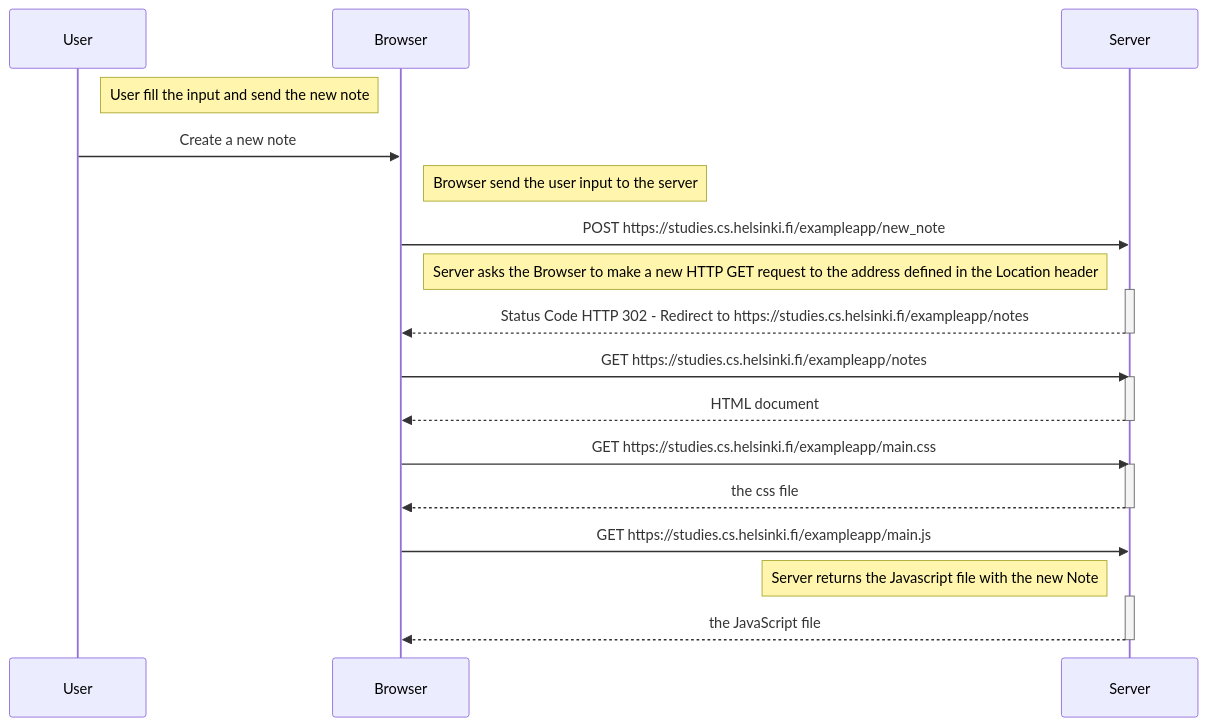
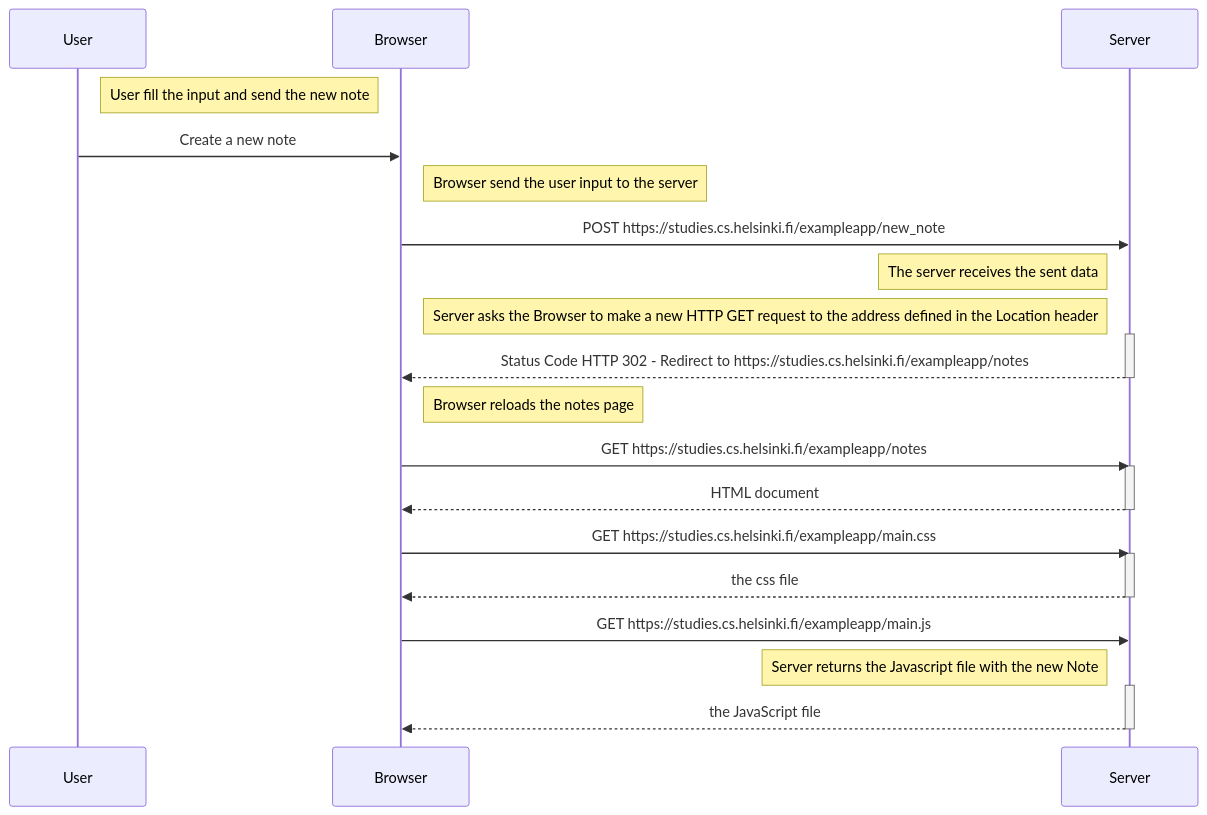
Before and after one commit to jgra1999/part0: the diagram in http-post.md, drawn with Mermaid.

Commit message:
Update http-post.md
Added new comments to the diagram

````diff
--- a/http-post.md
+++ b/http-post.md
@@ -1,33 +1,35 @@
 ```mermaid
 sequenceDiagram
     participant User    
     participant Browser
     participant Server
 
     Note right of User: User fill the input and send the new note
     User ->> Browser: Create a new note
 
     Note right of Browser: Browser send the user input to the server
     Browser->>Server: POST https://studies.cs.helsinki.fi/exampleapp/new_note
    
+    Note left of Server: The server receives the sent data
     Note left of Server: Server asks the Browser to make a new HTTP GET request to the address defined in the Location header
    activate Server
     Server-->>Browser: Status Code HTTP 302 - Redirect to https://studies.cs.helsinki.fi/exampleapp/notes
     deactivate Server
 
+    Note right of Browser: Browser reloads the notes page
     Browser->>Server: GET https://studies.cs.helsinki.fi/exampleapp/notes
     activate Server
     Server-->>Browser: HTML document
     deactivate Server
 
     Browser->>Server: GET https://studies.cs.helsinki.fi/exampleapp/main.css
     activate Server
     Server-->>Browser: the css file
     deactivate Server
 
     Browser->>Server: GET https://studies.cs.helsinki.fi/exampleapp/main.js
     Note left of Server: Server returns the Javascript file with the new Note
     activate Server
     Server-->>Browser: the JavaScript file
     deactivate Server
 ```
````
